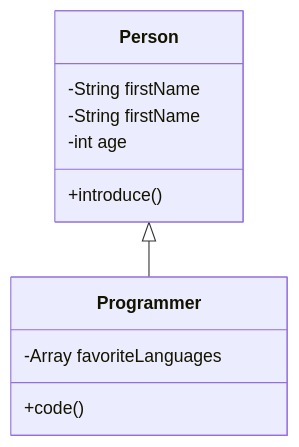
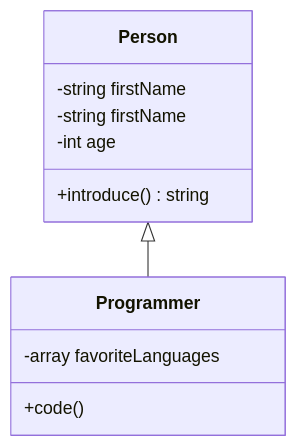
One commit to lcov29/knowledgeBase changed the third of 3 diagrams in Tools/mermaid/mermaid.md. Above: the diagram before and after it, drawn with Mermaid.

Commit message:
update class diagram

````diff
--- a/Tools/mermaid/mermaid.md
+++ b/Tools/mermaid/mermaid.md
@@ -168,14 +168,14 @@
 ```mermaid
 classDiagram
     class Person {
-        -String firstName
-        -String firstName
+        -string firstName
+        -string firstName
         -int age
-        +introduce()
+        +introduce() string
     }
     class Programmer {
-        -Array favoriteLanguages
+        -array favoriteLanguages
         +code()
     }
     Person <|-- Programmer
 ```
````
